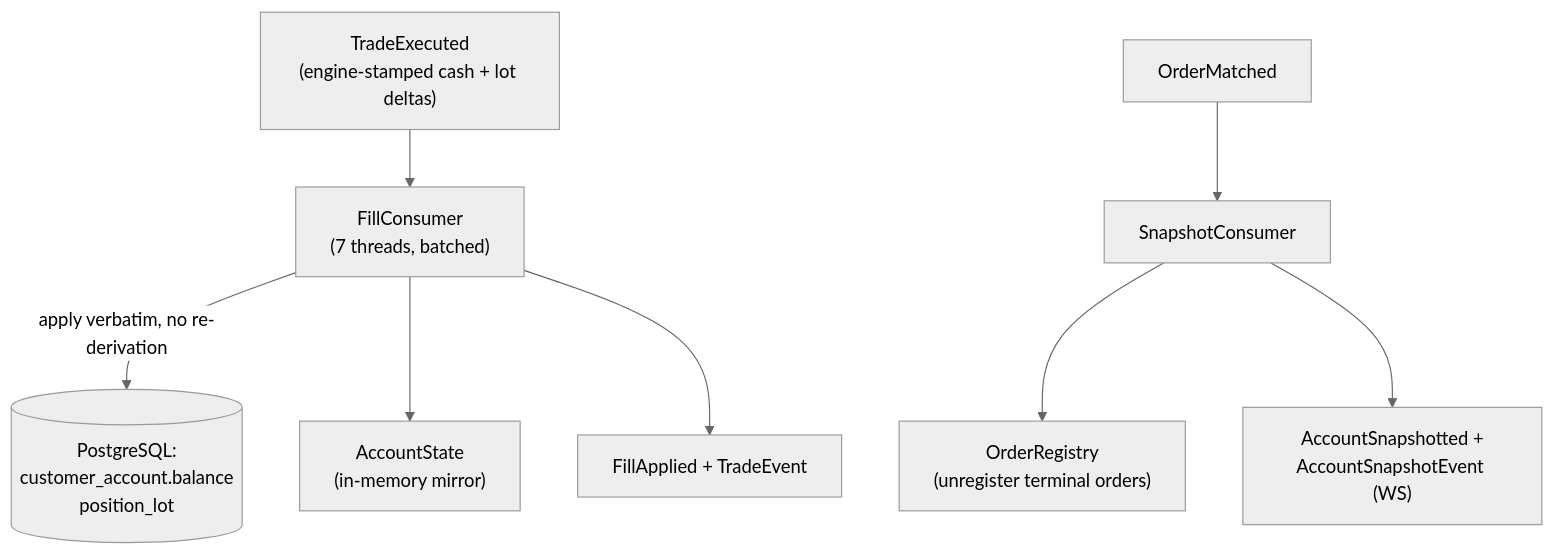
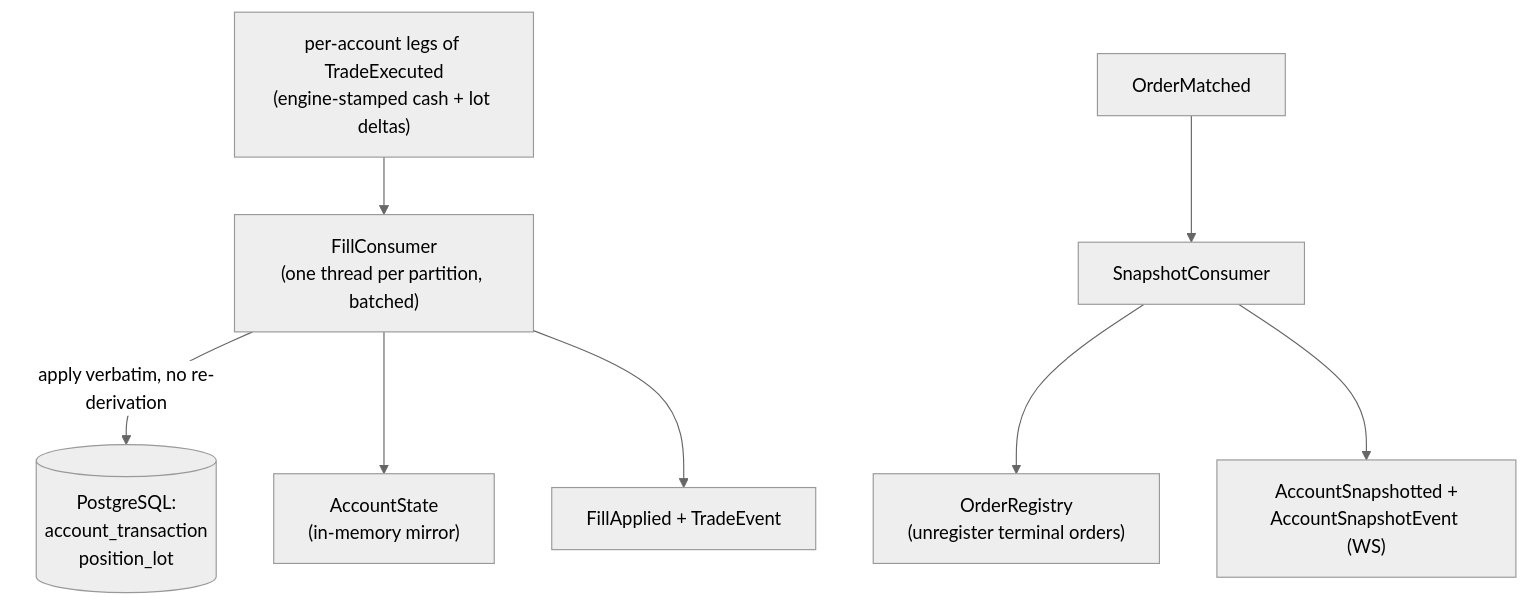
Before and after one commit to mc139/fx-oee-docs: the third of 7 diagrams in 05-event-sourcing-persistence.md, drawn with Mermaid (neutral theme). The commit also changed other lines of this file and 25 other files, not shown here.

````diff
--- a/05-event-sourcing-persistence.md
+++ b/05-event-sourcing-persistence.md
@@ -89,11 +139,11 @@
 ```mermaid
 flowchart TB
-    TE["TradeExecuted<br/>(engine-stamped cash + lot deltas)"] --> FC["FillConsumer<br/>(7 threads, batched)"]
-    FC -->|"apply verbatim, no re-derivation"| DB[("PostgreSQL:<br/>customer_account.balance<br/>position_lot")]
+    TE["per-account legs of TradeExecuted<br/>(engine-stamped cash + lot deltas)"] --> FC["FillConsumer<br/>(one thread per partition, batched)"]
+    FC -->|"apply verbatim, no re-derivation"| DB[("PostgreSQL:<br/>account_transaction<br/>position_lot")]
     FC --> ASm["AccountState<br/>(in-memory mirror)"]
     FC --> FA["FillApplied + TradeEvent"]
 
     OM["OrderMatched"] --> SC["SnapshotConsumer"]
     SC --> REG["OrderRegistry<br/>(unregister terminal orders)"]
     SC --> SNAP["AccountSnapshotted +<br/>AccountSnapshotEvent (WS)"]
 ```
````
